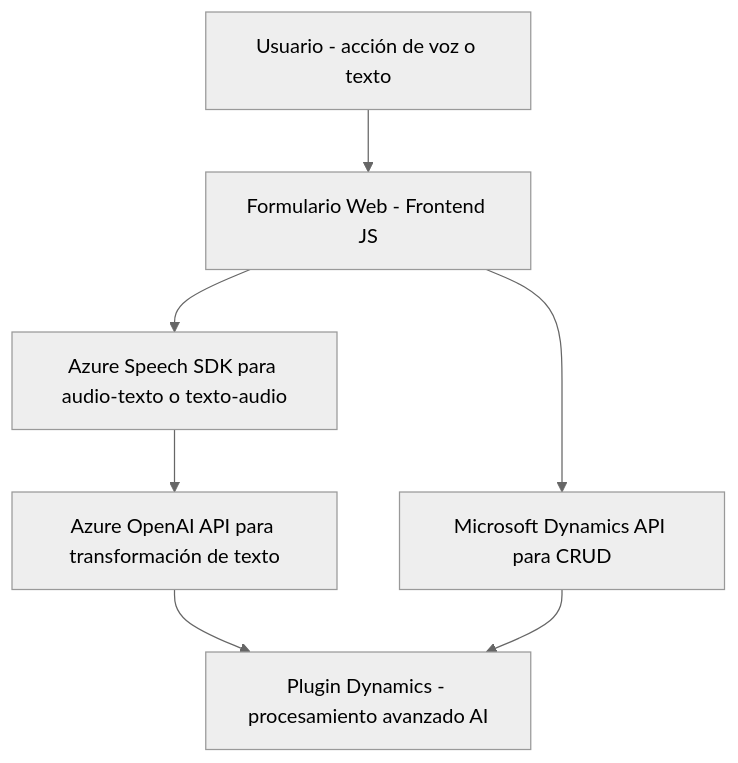
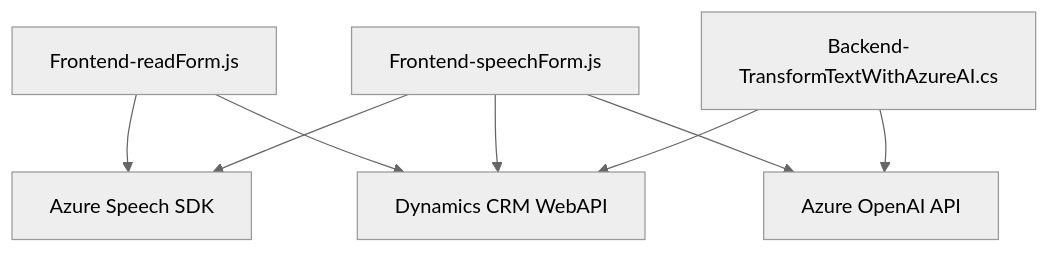
Before and after one commit to blopezdm/NETCORE_BILBAO2025: the diagram in README.md, drawn with Mermaid (neutral theme). The commit also changed other lines of this file, not shown here.

````diff
--- a/README.md
+++ b/README.md
@@ -45,16 +70,17 @@
 ```mermaid
 graph TD
-  A["Usuario - acción de voz o texto"]
-  B["Formulario Web - Frontend JS"]
-  C["Azure Speech SDK para audio-texto o texto-audio"]
-  D["Azure OpenAI API para transformación de texto"]
-  E["Microsoft Dynamics API para CRUD"]
-  F["Plugin Dynamics - procesamiento avanzado AI"]
-
-  A --> B
-  B --> C
-  B --> E
-  C --> D
-  D --> F
-  E --> F
+    A["Frontend-readForm.js"]
+    B["Frontend-speechForm.js"]
+    C["Backend-TransformTextWithAzureAI.cs"]
+    D["Azure Speech SDK"]
+    E["Azure OpenAI API"]
+    F["Dynamics CRM WebAPI"]
+    
+    A --> D
+    A --> F
+    B --> D
+    B --> F
+    B --> E
+    C --> E
+    C --> F
 ```
````
